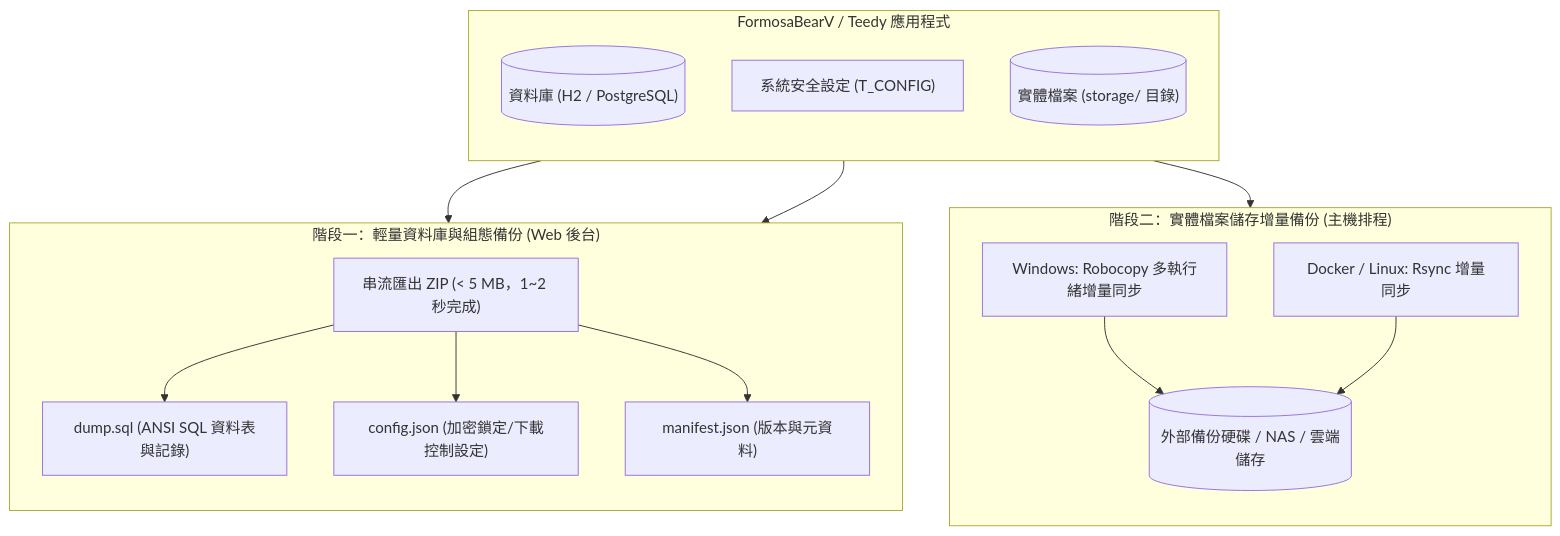
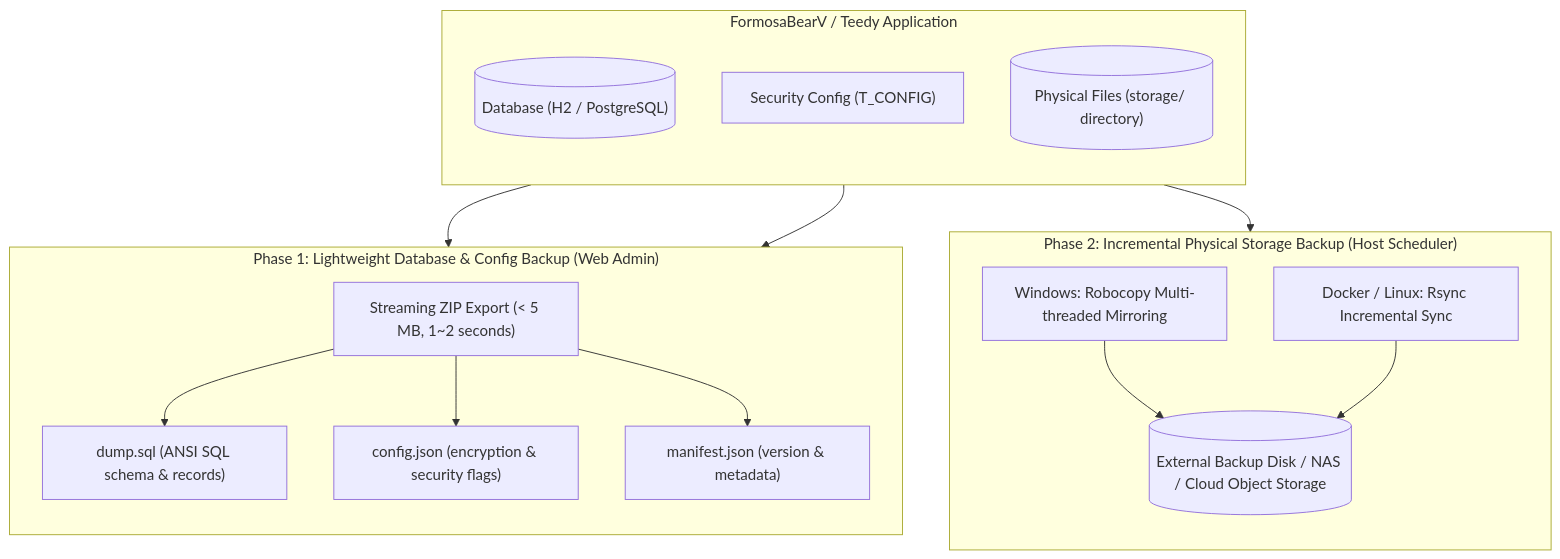
The first of 2 diagrams in BACKUP_GUIDE.md (kafeiou/FormosaBearV-Docs), drawn with Mermaid before and after one commit. The commit also changed other lines of this file and 47 other files, not shown here.

````diff
--- a/BACKUP_GUIDE.md
+++ b/BACKUP_GUIDE.md
@@ -13,28 +15,28 @@
 ```mermaid
 flowchart TD
-    subgraph TeedyApp ["FormosaBearV / Teedy 應用程式"]
+    subgraph TeedyApp ["FormosaBearV / Teedy Application"]
         direction TB
-        AppDB[("資料庫 (H2 / PostgreSQL)")]
-        AppCfg["系統安全設定 (T_CONFIG)"]
-        AppStorage[("實體檔案 (storage/ 目錄)")]
+        AppDB[("Database (H2 / PostgreSQL)")]
+        AppCfg["Security Config (T_CONFIG)"]
+        AppStorage[("Physical Files (storage/ directory)")]
     end
 
-    subgraph Phase1 ["階段一：輕量資料庫與組態備份 (Web 後台)"]
+    subgraph Phase1 ["Phase 1: Lightweight Database & Config Backup (Web Admin)"]
         direction TB
-        ZipOut["串流匯出 ZIP (< 5 MB，1~2 秒完成)"]
-        ZipOut --> Dump["dump.sql (ANSI SQL 資料表與記錄)"]
-        ZipOut --> Config["config.json (加密鎖定/下載控制設定)"]
-        ZipOut --> Manifest["manifest.json (版本與元資料)"]
+        ZipOut["Streaming ZIP Export (< 5 MB, 1~2 seconds)"]
+        ZipOut --> Dump["dump.sql (ANSI SQL schema & records)"]
+        ZipOut --> Config["config.json (encryption & security flags)"]
+        ZipOut --> Manifest["manifest.json (version & metadata)"]
     end
 
-    subgraph Phase2 ["階段二：實體檔案儲存增量備份 (主機排程)"]
+    subgraph Phase2 ["Phase 2: Incremental Physical Storage Backup (Host Scheduler)"]
         direction TB
-        WinSync["Windows: Robocopy 多執行緒增量同步"]
-        LinSync["Docker / Linux: Rsync 增量同步"]
-        DiskBackup[("外部備份硬碟 / NAS / 雲端儲存")]
+        WinSync["Windows: Robocopy Multi-threaded Mirroring"]
+        LinSync["Docker / Linux: Rsync Incremental Sync"]
+        DiskBackup[("External Backup Disk / NAS / Cloud Object Storage")]
     end
 
     AppDB & AppCfg --> Phase1
     AppStorage --> Phase2
     WinSync & LinSync --> DiskBackup
 ```
````
